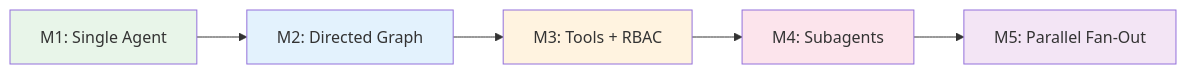
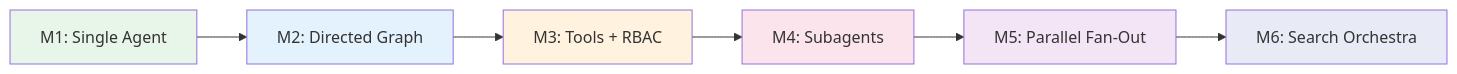
One commit to Generative-AI-at-Berkeley/agents-workshop changed the diagram in docs/lessons/overview/README.md. Above: the diagram before and after it, drawn with Mermaid. The commit also changed other lines of this file and 6 other files, not shown here.

````diff
--- a/docs/lessons/overview/README.md
+++ b/docs/lessons/overview/README.md
@@ -17,13 +17,15 @@
 ```mermaid
 graph LR
     M1["M1: Single Agent"] --> M2["M2: Directed Graph"]
     M2 --> M3["M3: Tools + RBAC"]
     M3 --> M4["M4: Subagents"]
     M4 --> M5["M5: Parallel Fan-Out"]
+    M5 --> M6["M6: Search Orchestra"]
 
     style M1 fill:#e8f5e9
     style M2 fill:#e3f2fd
     style M3 fill:#fff3e0
     style M4 fill:#fce4ec
     style M5 fill:#f3e5f5
+    style M6 fill:#e8eaf6
 ```
````
